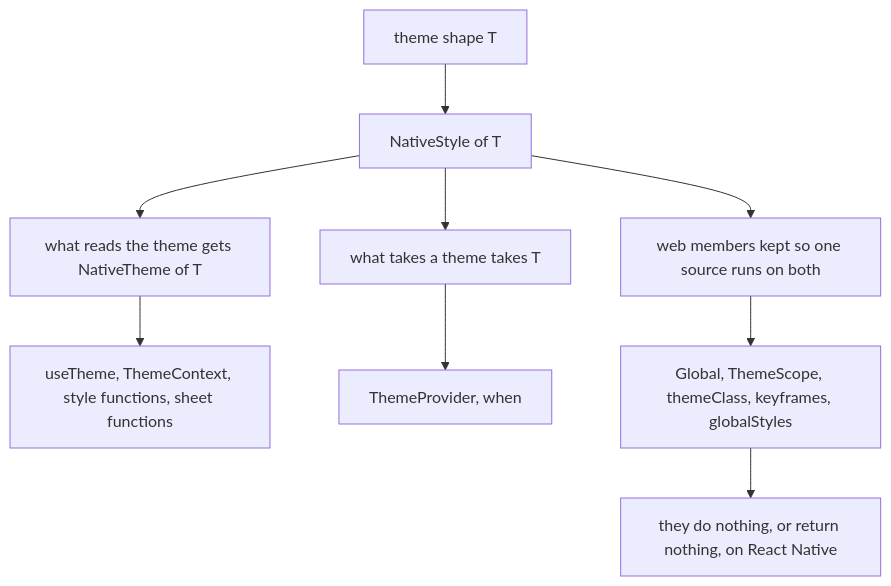
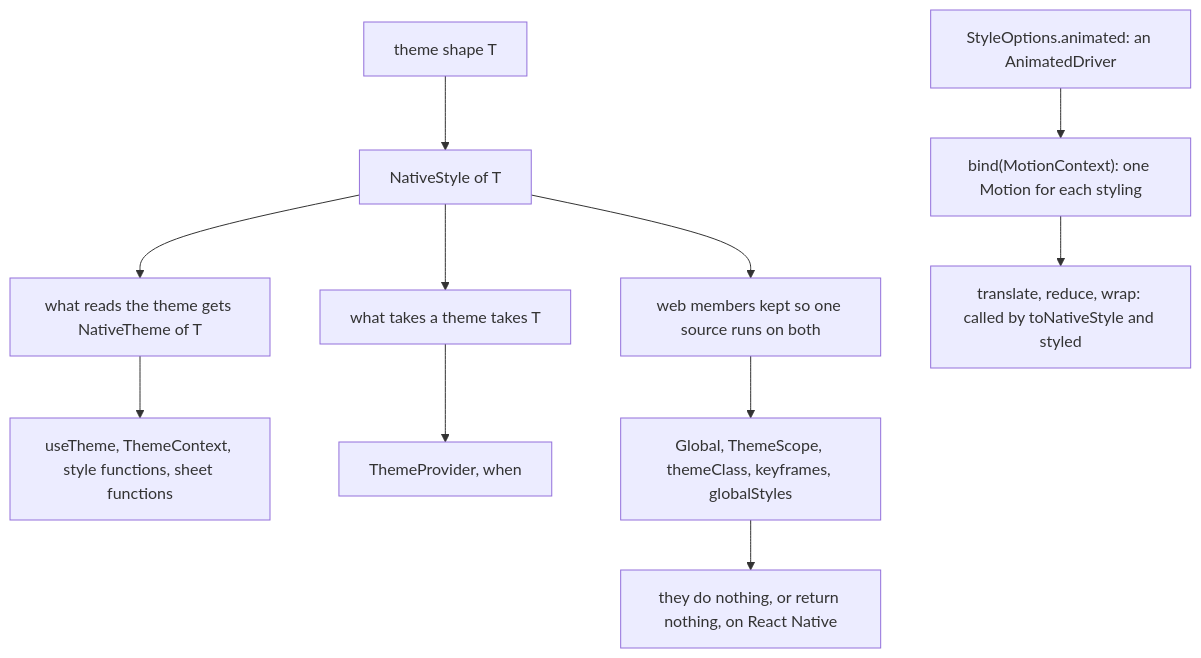
One commit to soroush-tech/umber-style changed the diagram in packages/react-native/src/types.md. Above: the diagram before and after it, drawn with Mermaid. The commit also changed other lines of this file and 93 other files, not shown here.

Commit message:
feat(react-native): animations and transitions run on React Native through react-native-reanimated from the animated entry, and every package is at 0.5.0 - #43

````diff
--- a/packages/react-native/src/types.md
+++ b/packages/react-native/src/types.md
@@ -20,11 +22,13 @@
 ```mermaid
 flowchart TD
   t["theme shape T"] --> ns["NativeStyle of T"]
   ns --> rd["what reads the theme gets NativeTheme of T"]
   ns --> tk["what takes a theme takes T"]
   rd --> r1["useTheme, ThemeContext, style functions, sheet functions"]
   tk --> r2["ThemeProvider, when"]
   ns --> same["web members kept so one source runs on both"]
   same --> r3["Global, ThemeScope, themeClass, keyframes, globalStyles"]
   r3 --> inert["they do nothing, or return nothing, on React Native"]
+  opts["StyleOptions.animated: an AnimatedDriver"] --> bindNode["bind(MotionContext): one Motion for each styling"]
+  bindNode --> motionMembers["translate, reduce, wrap: called by toNativeStyle and styled"]
 ```
````
